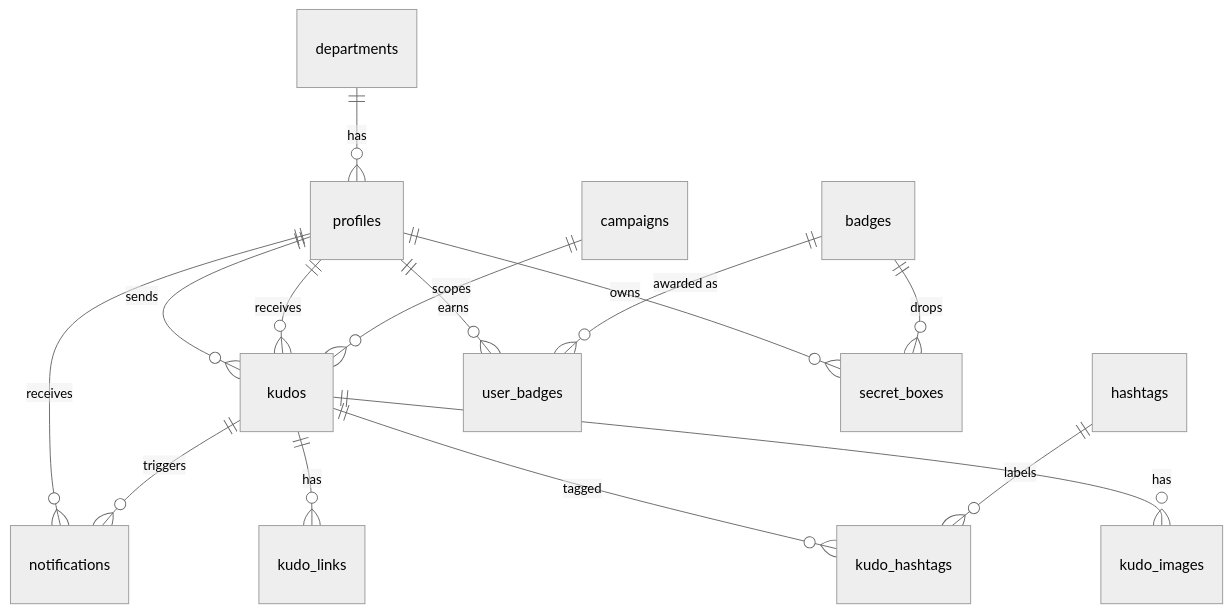
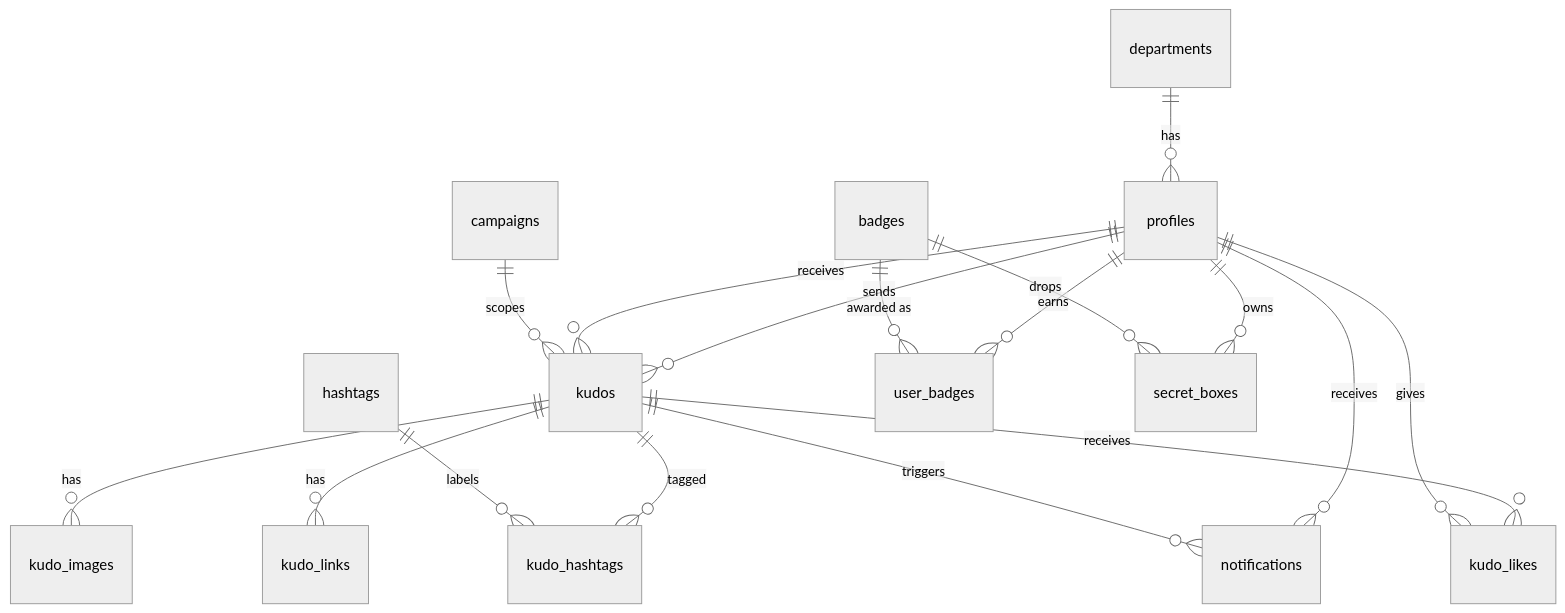
One commit to thanhnn-3239/saa changed the diagram in docs/database-design.md. Above: the diagram before and after it, drawn with Mermaid (neutral theme). The commit also changed other lines of this file and 107 other files, not shown here.

````diff
--- a/docs/database-design.md
+++ b/docs/database-design.md
@@ -33,17 +33,19 @@
 ```mermaid
 erDiagram
     departments  ||--o{ profiles       : "has"
     profiles     ||--o{ kudos          : "sends"
     profiles     ||--o{ kudos          : "receives"
     campaigns    ||--o{ kudos          : "scopes"
     kudos        ||--o{ kudo_hashtags  : "tagged"
     hashtags     ||--o{ kudo_hashtags  : "labels"
     kudos        ||--o{ kudo_images    : "has"
     kudos        ||--o{ kudo_links     : "has"
     profiles     ||--o{ user_badges    : "earns"
     badges       ||--o{ user_badges    : "awarded as"
     profiles     ||--o{ secret_boxes   : "owns"
     badges       ||--o{ secret_boxes   : "drops"
     profiles     ||--o{ notifications  : "receives"
     kudos        ||--o{ notifications  : "triggers"
+    kudos        ||--o{ kudo_likes     : "receives"
+    profiles     ||--o{ kudo_likes     : "gives"
 ```
````
